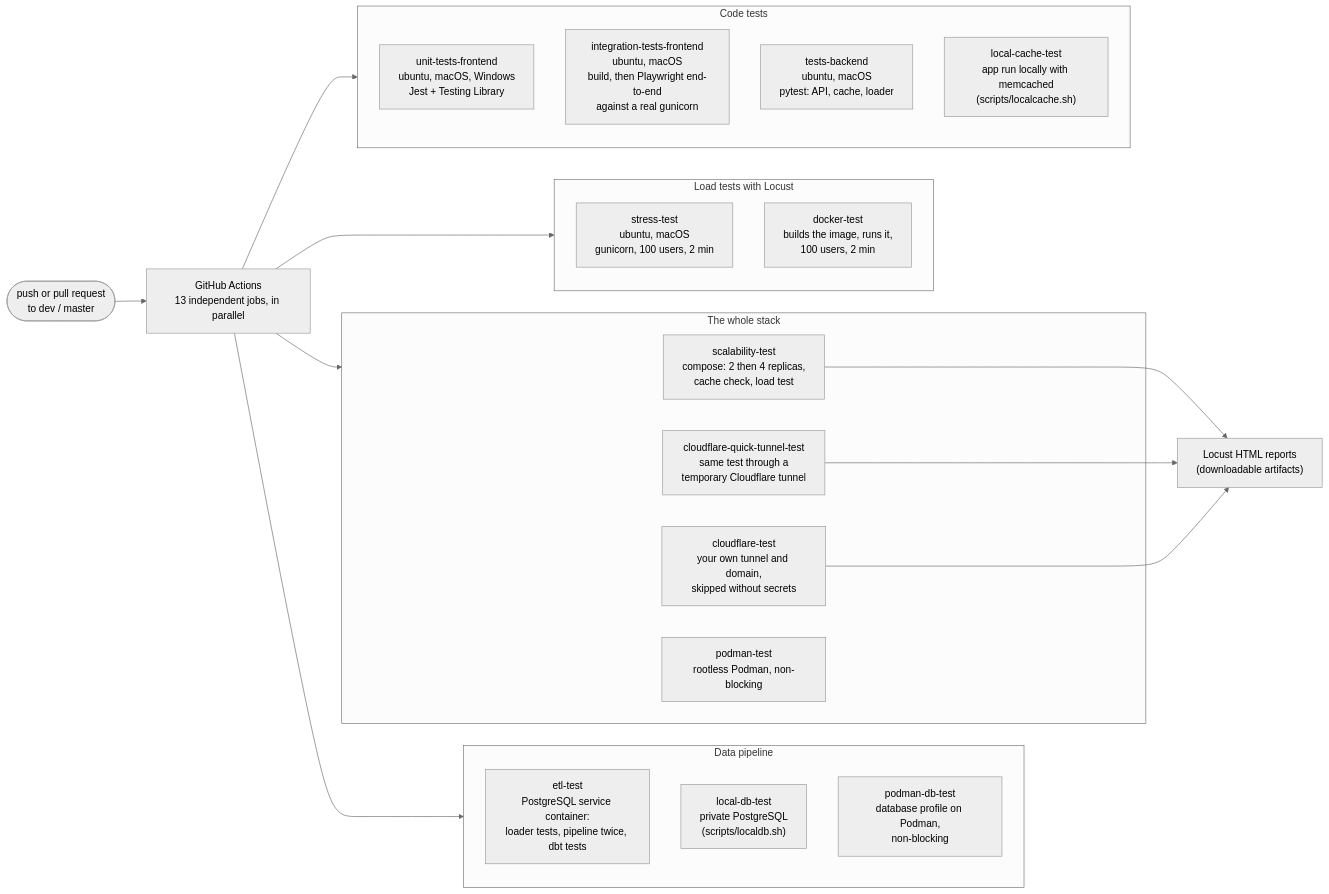
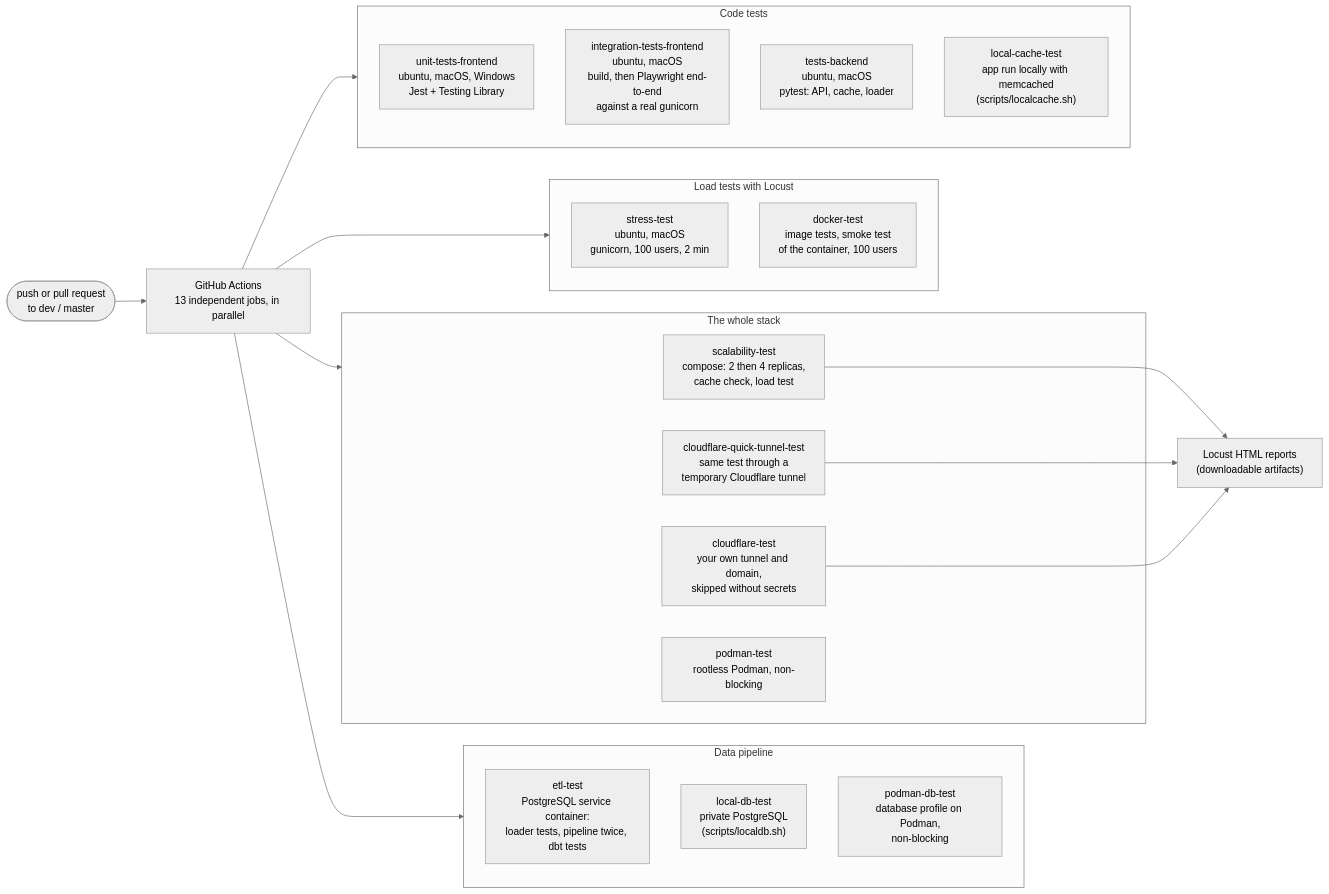
Before and after one commit to ybouilla/hiparis_project: the first of 2 diagrams in CI_CD.md, drawn with Mermaid (neutral theme). The commit also changed other lines of this file and 3 other files, not shown here.

Commit message:
fixing issue about docker test not tested enough (only when launching docker)

````diff
--- a/CI_CD.md
+++ b/CI_CD.md
@@ -7,37 +7,37 @@
 ```mermaid
 flowchart LR
     trigger(["push or pull request<br/>to dev / master"]) --> gha["GitHub Actions<br/>13 independent jobs, in parallel"]
 
     subgraph data["Data pipeline"]
         et["etl-test<br/>PostgreSQL service container:<br/>loader tests, pipeline twice, dbt tests"]
         lt["local-db-test<br/>private PostgreSQL<br/>(scripts/localdb.sh)"]
         pdt["podman-db-test<br/>database profile on Podman,<br/>non-blocking"]
     end
 
     subgraph deploy["The whole stack"]
         sc["scalability-test<br/>compose: 2 then 4 replicas,<br/>cache check, load test"]
         qt["cloudflare-quick-tunnel-test<br/>same test through a<br/>temporary Cloudflare tunnel"]
         ct["cloudflare-test<br/>your own tunnel and domain,<br/>skipped without secrets"]
         pt["podman-test<br/>rootless Podman, non-blocking"]
     end
 
     subgraph perf["Load tests with Locust"]
         st["stress-test<br/>ubuntu, macOS<br/>gunicorn, 100 users, 2 min"]
-        dt["docker-test<br/>builds the image, runs it,<br/>100 users, 2 min"]
+        dt["docker-test<br/>image tests, smoke test<br/>of the container, 100 users"]
     end
 
     subgraph code["Code tests"]
         ut["unit-tests-frontend<br/>ubuntu, macOS, Windows<br/>Jest + Testing Library"]
         it["integration-tests-frontend<br/>ubuntu, macOS<br/>build, then Playwright end-to-end<br/>against a real gunicorn"]
         bt["tests-backend<br/>ubuntu, macOS<br/>pytest: API, cache, loader"]
         lc["local-cache-test<br/>app run locally with memcached<br/>(scripts/localcache.sh)"]
     end
 
     gha --> data
     gha --> deploy
     gha --> perf
     gha --> code
     sc --> reports["Locust HTML reports<br/>(downloadable artifacts)"]
     qt --> reports
     ct --> reports
 ```
````
